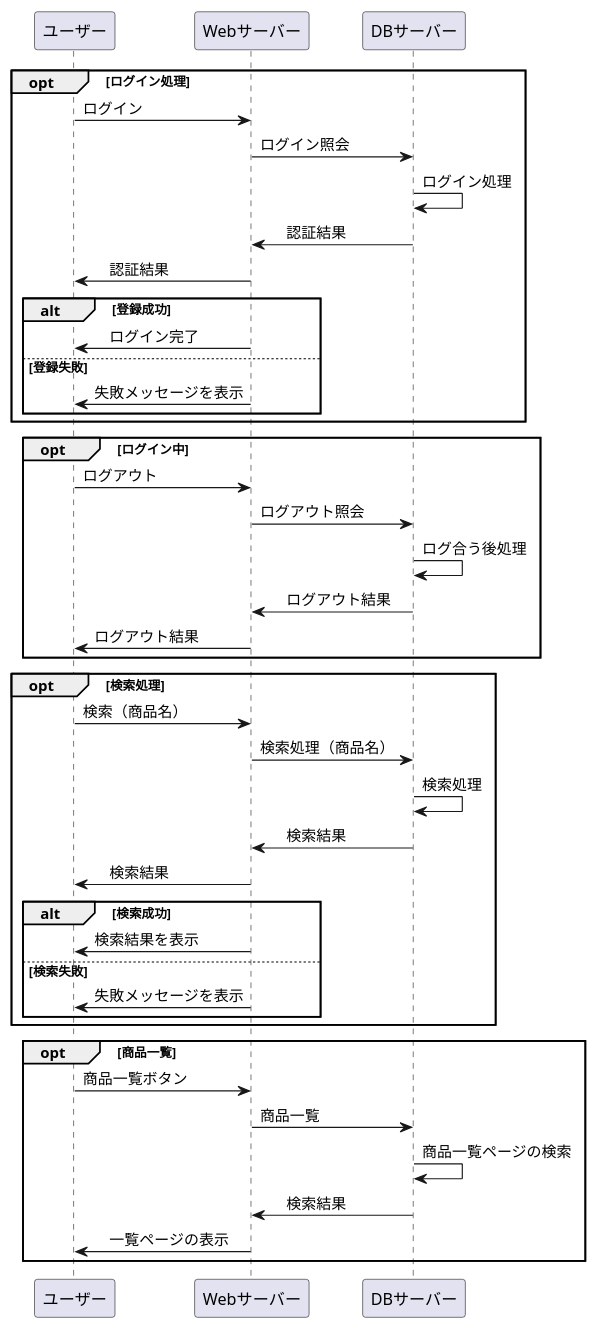
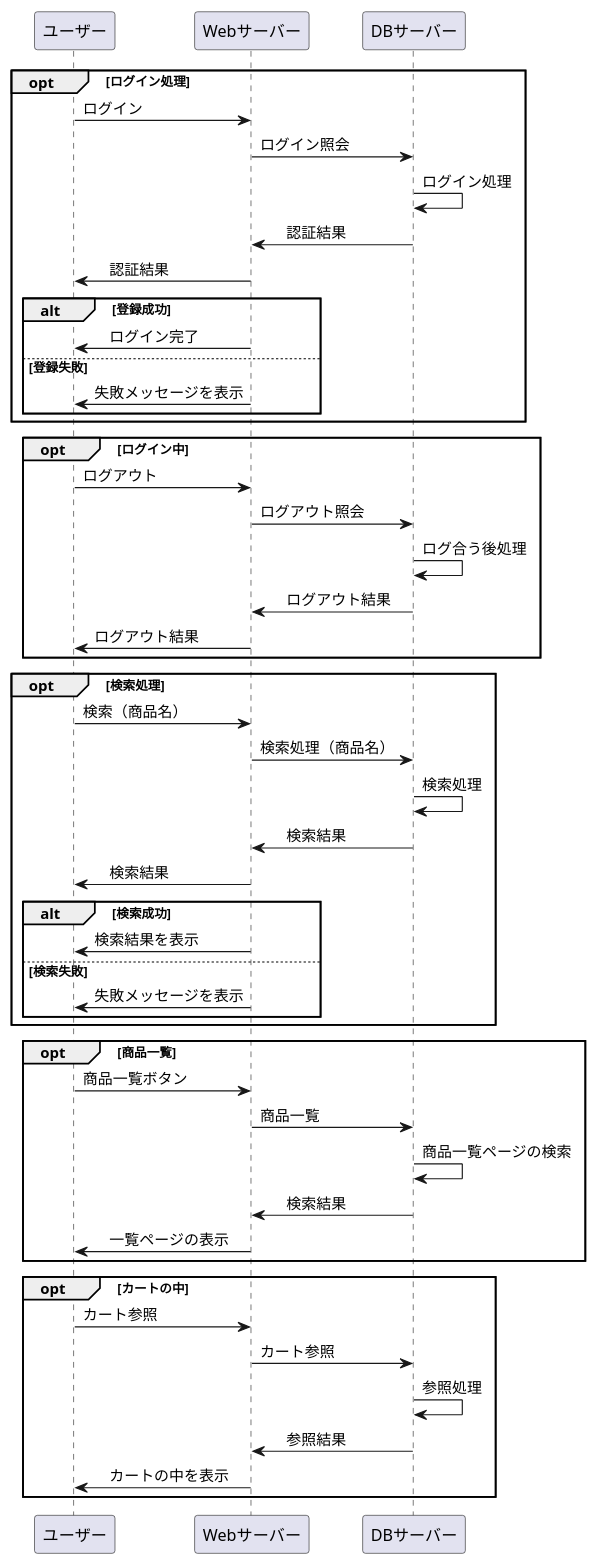
Before and after one commit to Aso2101121/2021sys-design: the diagram in sampleGH.md, drawn with PlantUML.

````diff
--- a/sampleGH.md
+++ b/sampleGH.md
@@ -1,54 +1,63 @@
 ```uml
 @startuml
 opt ログイン処理
 ユーザー -> Webサーバー : ログイン
 Webサーバー -> DBサーバー : ログイン照会
 DBサーバー -> DBサーバー : ログイン処理
 DBサーバー -> Webサーバー :　認証結果
 Webサーバー -> ユーザー :　認証結果
 
 alt 登録成功
 Webサーバー -> ユーザー :　ログイン完了 
 
 else 登録失敗
 Webサーバー -> ユーザー : 失敗メッセージを表示
 
 end
 end
 
 opt ログイン中
 ユーザー -> Webサーバー : ログアウト
 Webサーバー -> DBサーバー : ログアウト照会
 DBサーバー -> DBサーバー : ログ合う後処理
 DBサーバー -> Webサーバー :　ログアウト結果
 Webサーバー -> ユーザー : ログアウト結果
 
 end
 
 opt 検索処理
 ユーザー -> Webサーバー : 検索（商品名）
 Webサーバー -> DBサーバー : 検索処理（商品名）
 DBサーバー -> DBサーバー : 検索処理
 DBサーバー -> Webサーバー :　検索結果
 Webサーバー -> ユーザー :　検索結果
 
 alt 検索成功
 Webサーバー -> ユーザー : 検索結果を表示
 
 else 検索失敗
 Webサーバー -> ユーザー : 失敗メッセージを表示
 
 end
 end
 
 opt 商品一覧
 ユーザー -> Webサーバー : 商品一覧ボタン
 Webサーバー -> DBサーバー : 商品一覧
 DBサーバー -> DBサーバー : 商品一覧ページの検索
 DBサーバー -> Webサーバー :　検索結果
 Webサーバー -> ユーザー :　一覧ページの表示
 
 end
 
+opt カートの中
+ユーザー -> Webサーバー : カート参照
+Webサーバー -> DBサーバー : カート参照
+DBサーバー -> DBサーバー : 参照処理
+DBサーバー -> Webサーバー :　参照結果
+Webサーバー -> ユーザー :　カートの中を表示
+
+end
+
 @enduml
 ```
````
